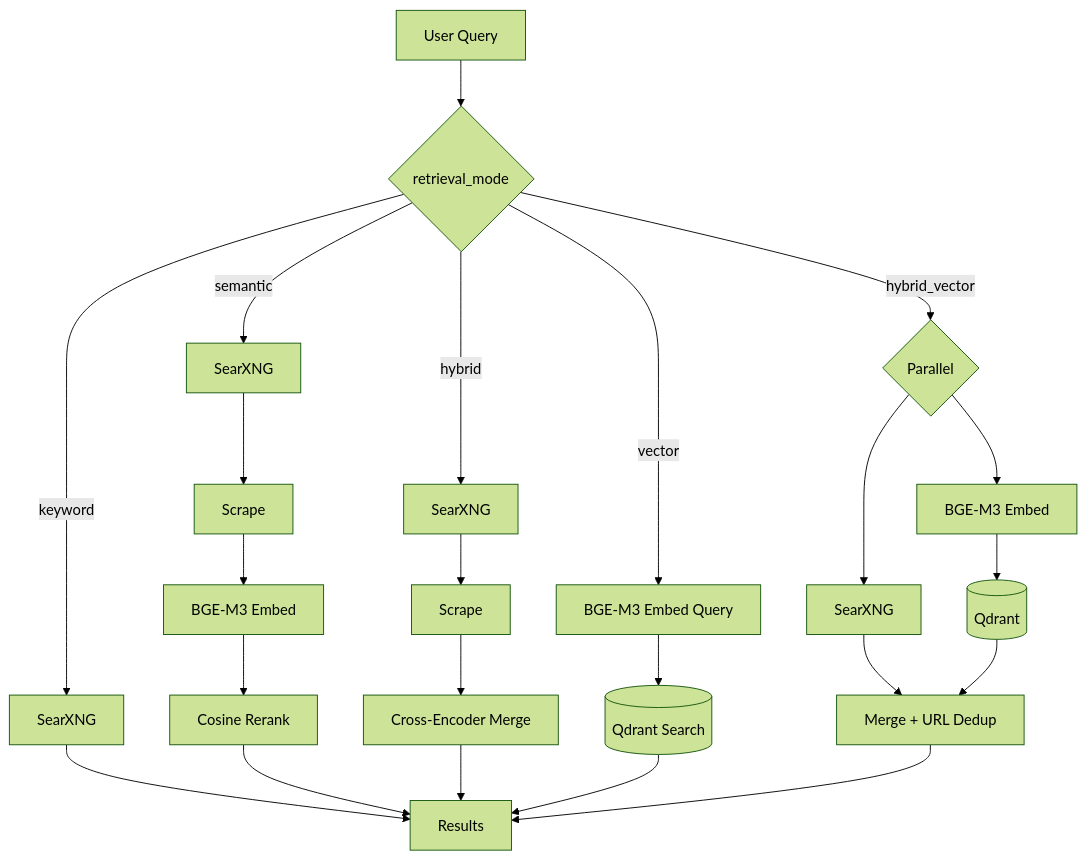
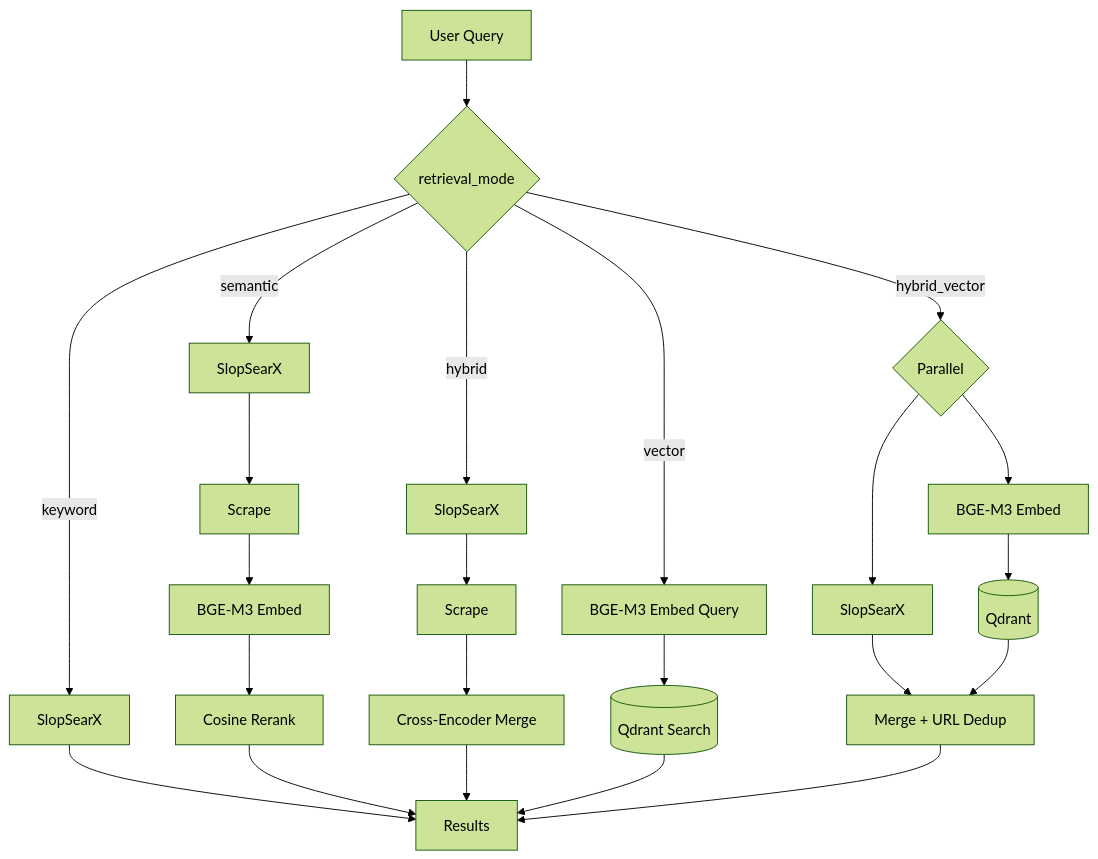
The third of 4 diagrams in docs/architecture.md (Gerkinfeltser/groktocrawl), drawn with Mermaid (forest theme) before and after one commit. The commit also changed other lines of this file and 20 other files, not shown here.

First line of the commit message:
chore: remove search-svc fixture, update docs from SearXNG to SlopSearX (#405)

````diff
--- a/docs/architecture.md
+++ b/docs/architecture.md
@@ -111,20 +111,20 @@
 ```mermaid
 flowchart TD
     Q[User Query]
     Q --> M{retrieval_mode}
-    M -->|keyword| SRX[SearXNG]
-    M -->|semantic| SRX2[SearXNG] --> SCR2[Scrape] --> EMB2[BGE-M3 Embed] --> COS[Cosine Rerank]
-    M -->|hybrid| SRX3[SearXNG] --> SCR3[Scrape] --> XENC[Cross-Encoder Merge]
+    M -->|keyword| SRX[SlopSearX]
+    M -->|semantic| SRX2[SlopSearX] --> SCR2[Scrape] --> EMB2[BGE-M3 Embed] --> COS[Cosine Rerank]
+    M -->|hybrid| SRX3[SlopSearX] --> SCR3[Scrape] --> XENC[Cross-Encoder Merge]
     M -->|vector| EMB4[BGE-M3 Embed Query] --> QDR4[(Qdrant Search)]
     M -->|hybrid_vector| PAR{Parallel}
-    PAR --> SRX5[SearXNG]
+    PAR --> SRX5[SlopSearX]
     PAR --> EMB5[BGE-M3 Embed] --> QDR5[(Qdrant)]
     SRX5 --> MERGE[Merge + URL Dedup]
     QDR5 --> MERGE
-    
+
     SRX --> RESP[Results]
     COS --> RESP
     XENC --> RESP
     QDR4 --> RESP
     MERGE --> RESP
 ```
````
